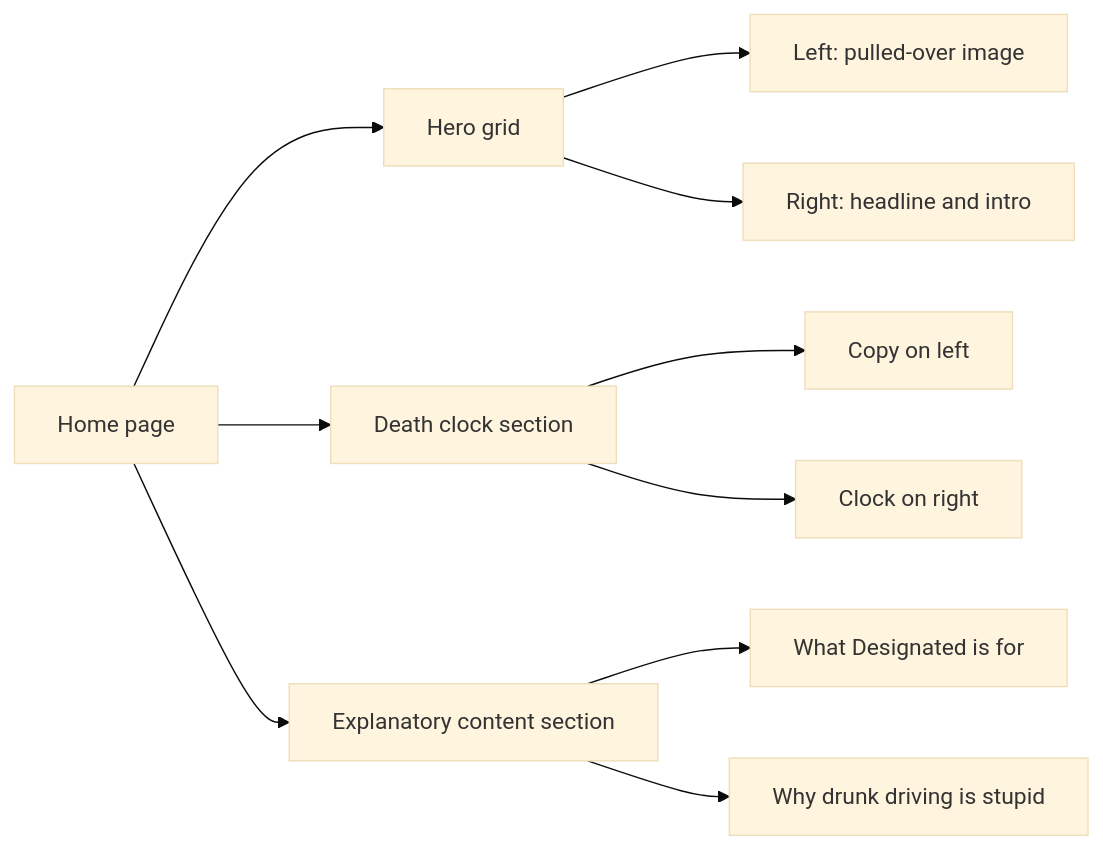
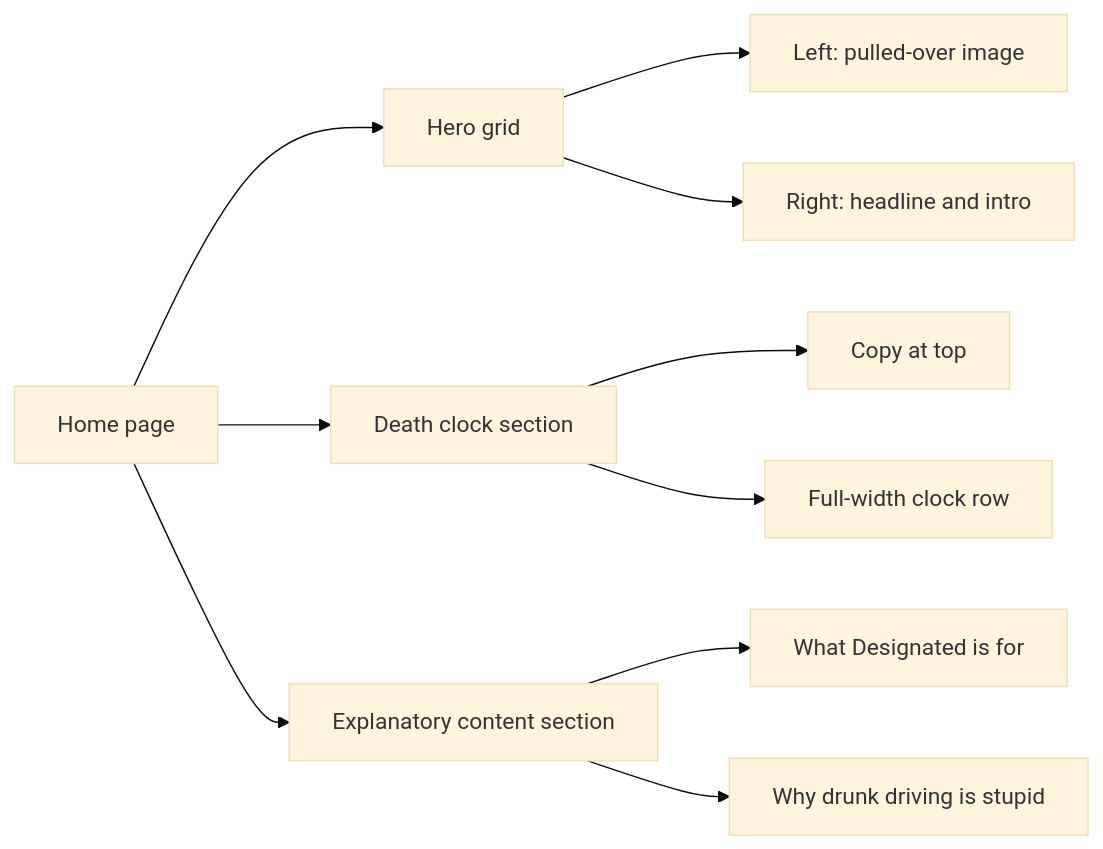
Before and after one commit to matthewlovestocode/designated: the diagram in docs/web/pages/home-page.md, drawn with Mermaid (base theme). The commit also changed other lines of this file and 5 other files, not shown here.

````diff
--- a/docs/web/pages/home-page.md
+++ b/docs/web/pages/home-page.md
@@ -27,12 +28,12 @@
 ```mermaid
 flowchart LR
     A["Home page"] --> B["Hero grid"]
     B --> C["Left: pulled-over image"]
     B --> D["Right: headline and intro"]
     A --> E["Death clock section"]
-    E --> F["Copy on left"]
-    E --> G["Clock on right"]
+    E --> F["Copy at top"]
+    E --> G["Full-width clock row"]
     A --> H["Explanatory content section"]
     H --> I["What Designated is for"]
     H --> J["Why drunk driving is stupid"]
 ```
````
